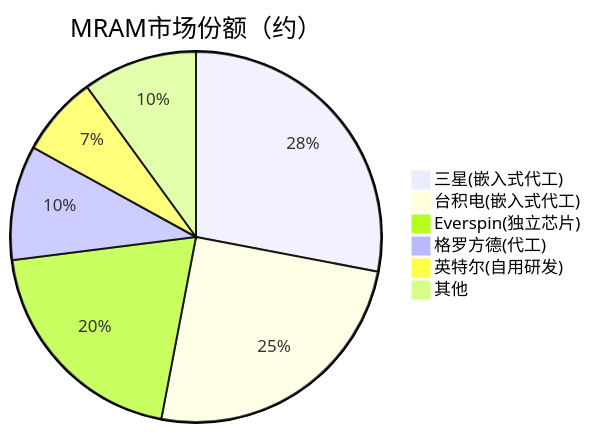
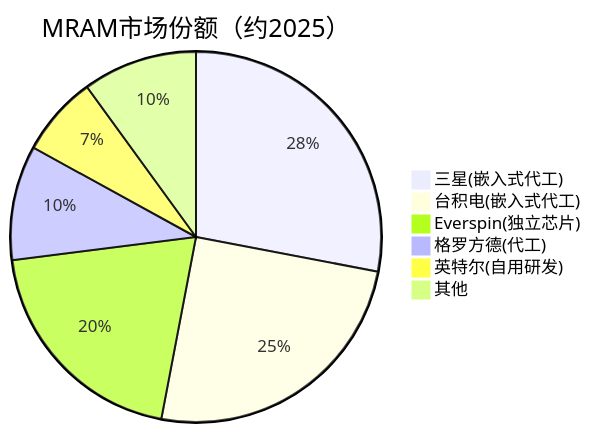
The third of 3 diagrams in 存储产业链/中游/新型存储/MRAM磁阻存储.md (blueprint1453/industry-insight), drawn with Mermaid before and after one commit. The commit also changed other lines of this file and 78 other files, not shown here.

````diff
--- a/存储产业链/中游/新型存储/MRAM磁阻存储.md
+++ b/存储产业链/中游/新型存储/MRAM磁阻存储.md
@@ -105,9 +105,9 @@
 ```mermaid
-pie title MRAM市场份额（约）
+pie title MRAM市场份额（约2025）
     "三星(嵌入式代工)" : 28
     "台积电(嵌入式代工)" : 25
     "Everspin(独立芯片)" : 20
     "格罗方德(代工)" : 10
     "英特尔(自用研发)" : 7
     "其他" : 10
 ```
````
